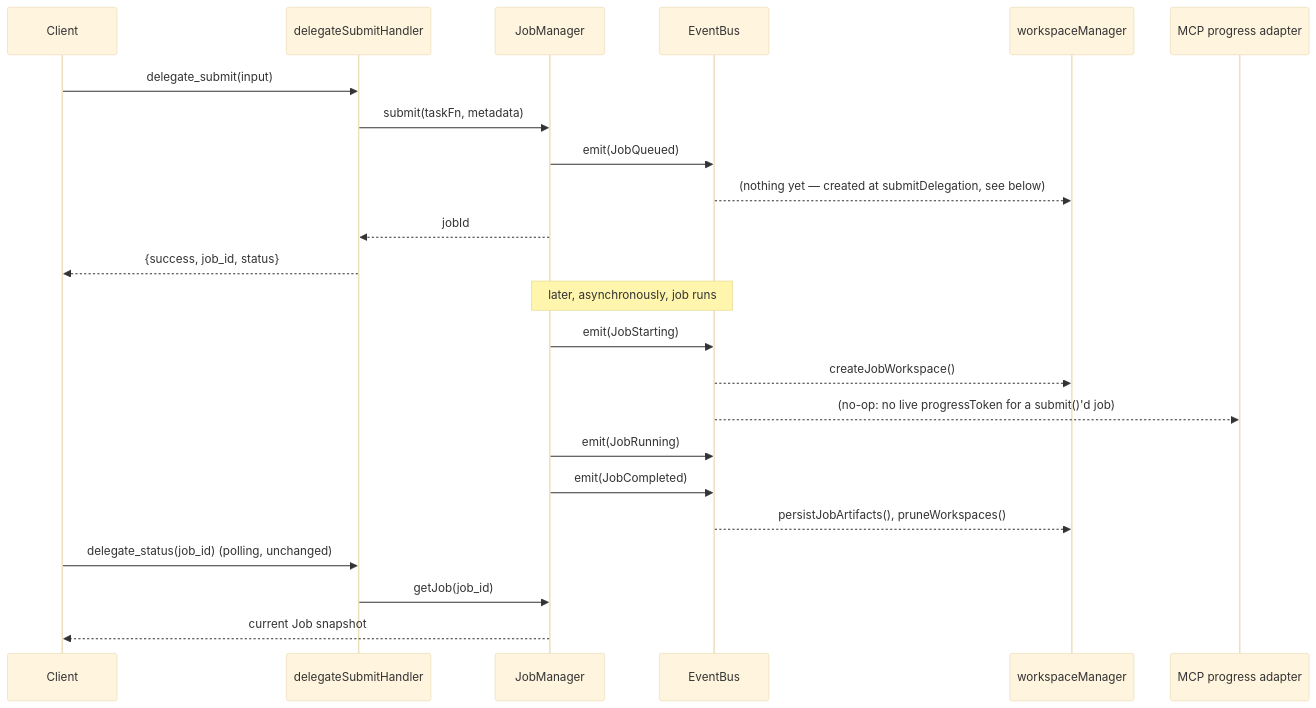
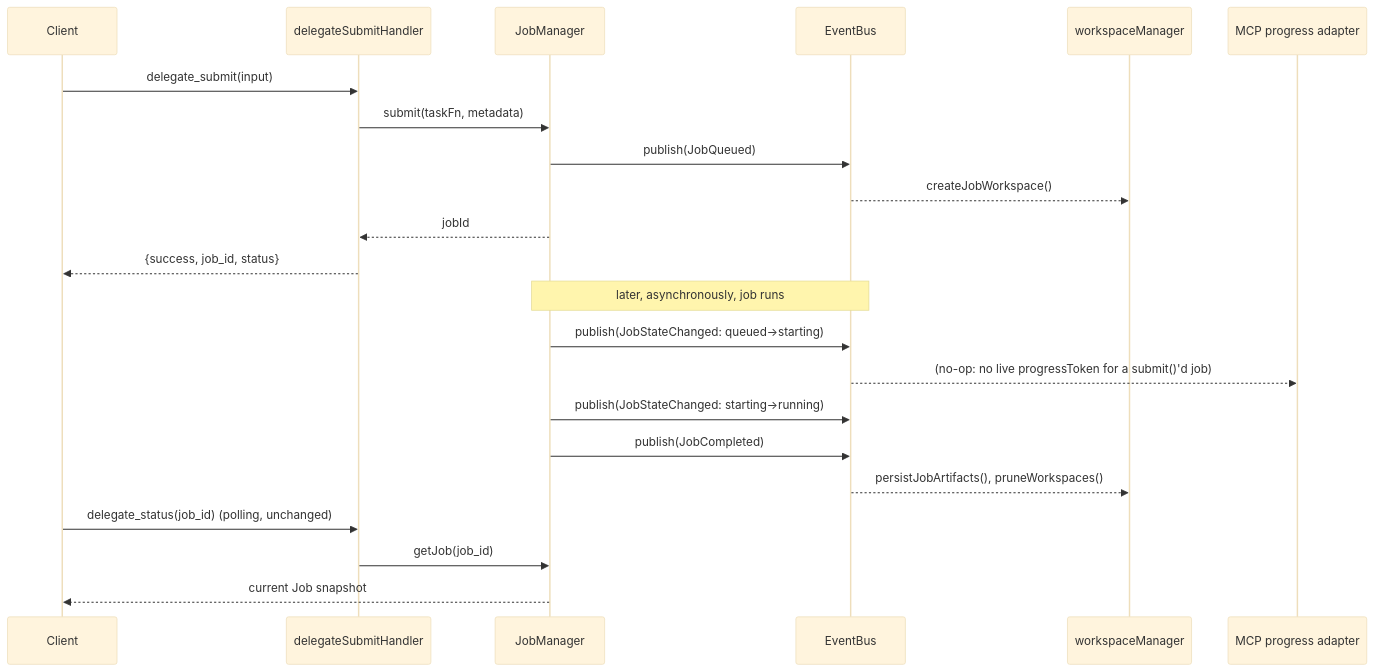
The second of 2 diagrams in docs/adr/ADR-0002-streaming-and-event-architecture.md (Ahmed-Eldamanhoury/Delegate-MCP), drawn with Mermaid (base theme) before and after one commit. The commit also changed other lines of this file and 21 other files, not shown here.

````diff
--- a/docs/adr/ADR-0002-streaming-and-event-architecture.md
+++ b/docs/adr/ADR-0002-streaming-and-event-architecture.md
@@ -117,28 +155,27 @@
 ```mermaid
 sequenceDiagram
     participant Client
     participant Handler as delegateSubmitHandler
     participant JM as JobManager
     participant Bus as EventBus
     participant WS as workspaceManager
     participant MCP as MCP progress adapter
 
     Client->>Handler: delegate_submit(input)
     Handler->>JM: submit(taskFn, metadata)
-    JM->>Bus: emit(JobQueued)
-    Bus-->>WS: (nothing yet — created at submitDelegation, see below)
+    JM->>Bus: publish(JobQueued)
+    Bus-->>WS: createJobWorkspace()
     JM-->>Handler: jobId
     Handler-->>Client: {success, job_id, status}
 
     Note over JM,Bus: later, asynchronously, job runs
-    JM->>Bus: emit(JobStarting)
-    Bus-->>WS: createJobWorkspace()
+    JM->>Bus: publish(JobStateChanged: queued->starting)
     Bus-->>MCP: (no-op: no live progressToken for a submit()'d job)
-    JM->>Bus: emit(JobRunning)
-    JM->>Bus: emit(JobCompleted)
+    JM->>Bus: publish(JobStateChanged: starting->running)
+    JM->>Bus: publish(JobCompleted)
     Bus-->>WS: persistJobArtifacts(), pruneWorkspaces()
 
     Client->>Handler: delegate_status(job_id)  (polling, unchanged)
     Handler->>JM: getJob(job_id)
     JM-->>Client: current Job snapshot
 ```
````
